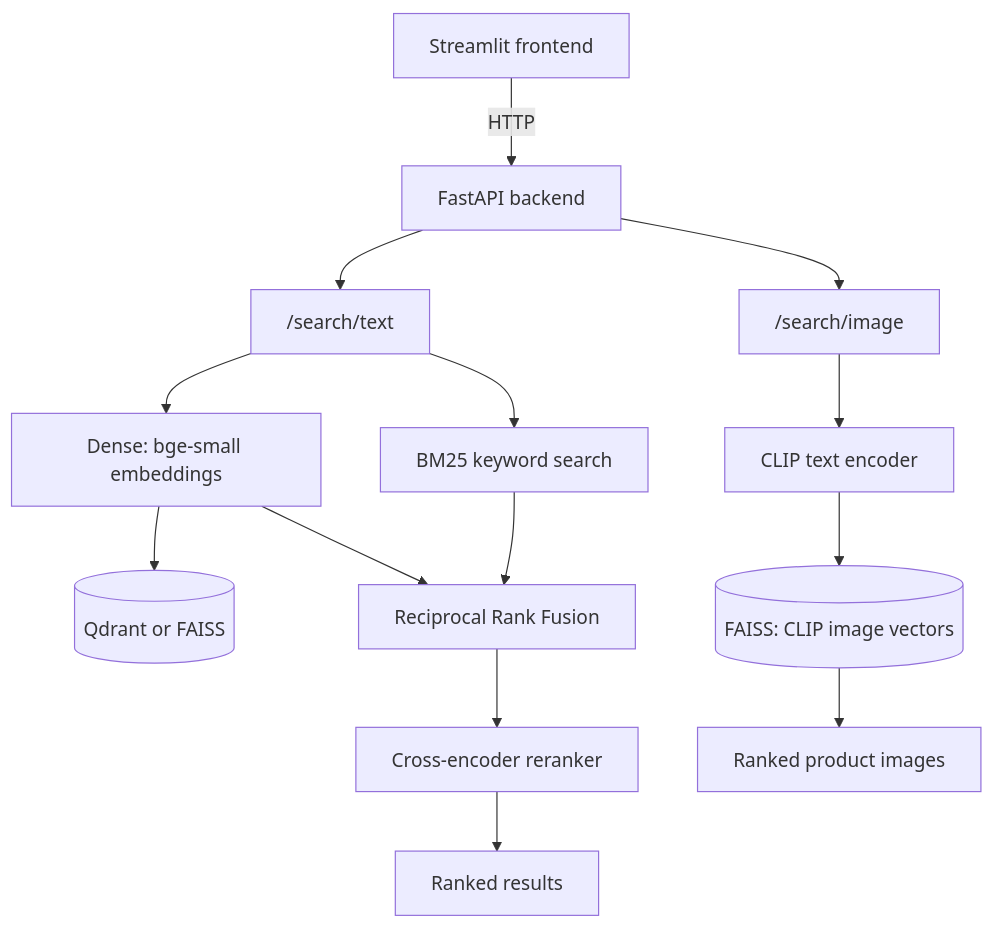
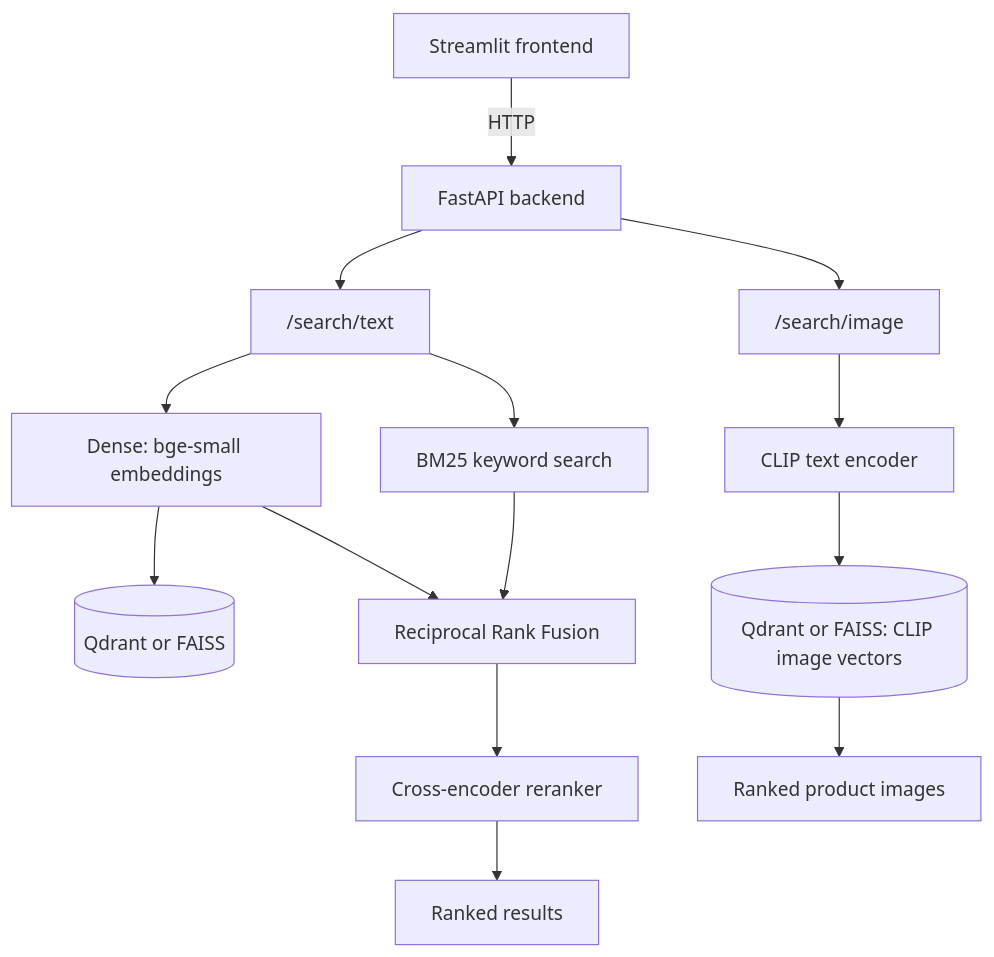
The diagram in README.md (rohanagarwal96/EcommerceSemanticSearch), drawn with Mermaid before and after one commit.

Commit message:
fix: correct architecture diagram to show image index also supports Qdrant

````diff
--- a/README.md
+++ b/README.md
@@ -82,19 +82,19 @@
 ```mermaid
 flowchart TD
     UI[Streamlit frontend] -->|HTTP| API[FastAPI backend]
 
     API --> TextRoute["/search/text"]
     API --> ImageRoute["/search/image"]
 
     TextRoute --> Dense[Dense: bge-small embeddings]
     TextRoute --> BM25[BM25 keyword search]
     Dense --> VectorDB[(Qdrant or FAISS)]
     Dense --> Fusion[Reciprocal Rank Fusion]
     BM25 --> Fusion
     Fusion --> Reranker[Cross-encoder reranker]
     Reranker --> TextResult[Ranked results]
 
     ImageRoute --> CLIP[CLIP text encoder]
-    CLIP --> ImageIndex[(FAISS: CLIP image vectors)]
+    CLIP --> ImageIndex[(Qdrant or FAISS: CLIP image vectors)]
     ImageIndex --> ImageResult[Ranked product images]
 ```
````
